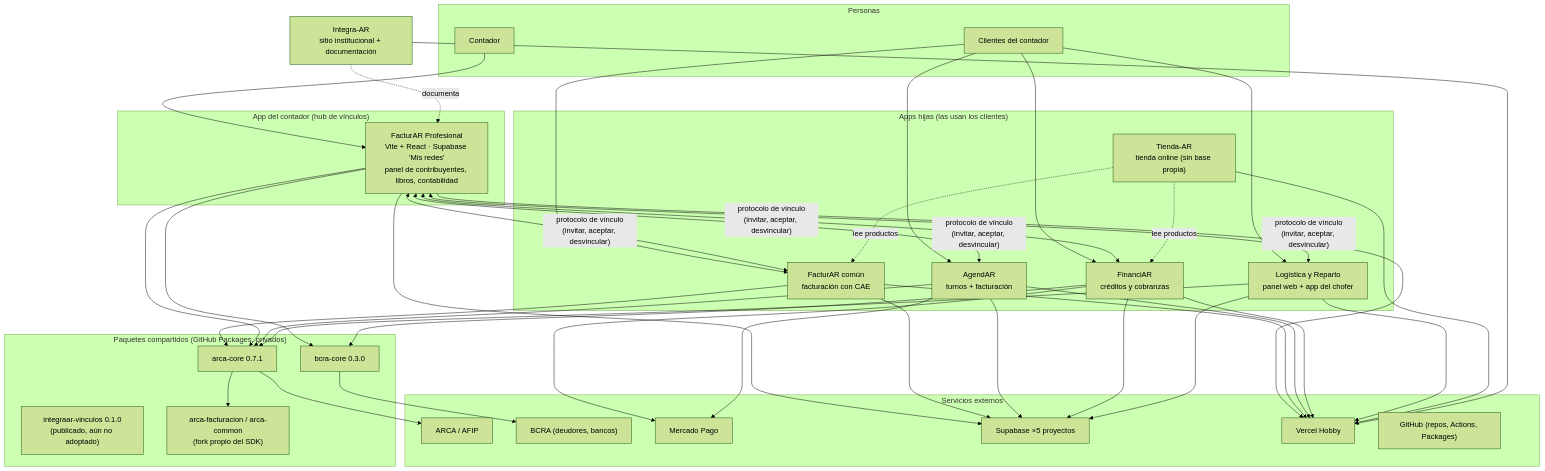
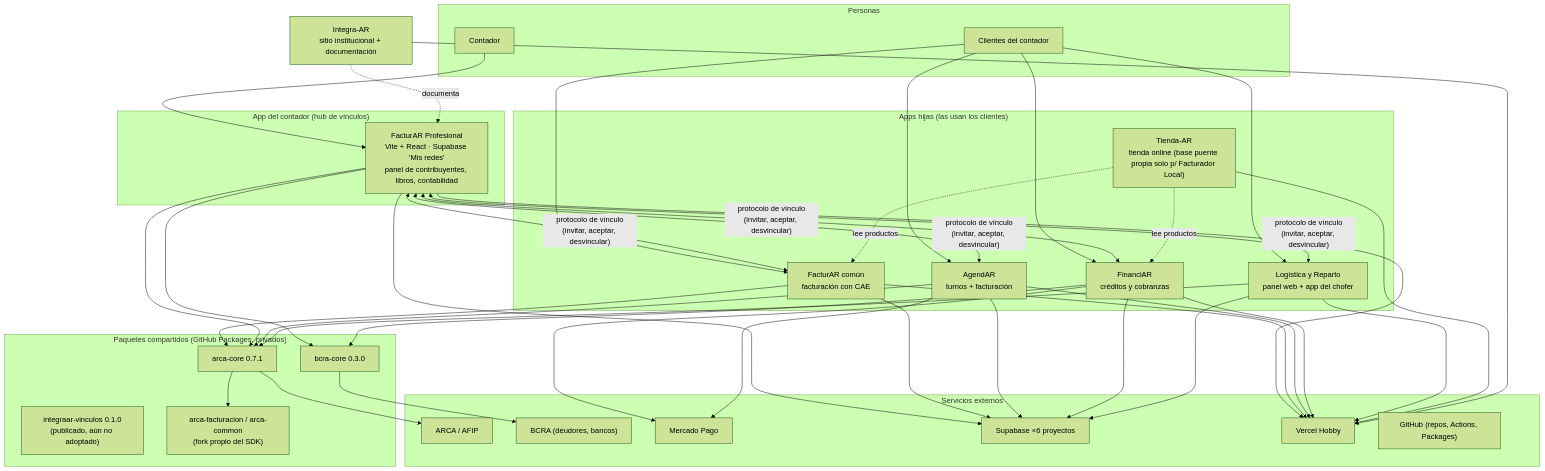
Before and after one commit to tustylovt-ui/Integra-AR: the diagram in ECOSISTEMA.md, drawn with Mermaid (forest theme). The commit also changed other lines of this file, not shown here.

Commit message:
docs(ecosistema): Tienda-AR tiene base puente propia (Facturador Local), conectores MCP de Supabase y backup pendiente

````diff
--- a/ECOSISTEMA.md
+++ b/ECOSISTEMA.md
@@ -15,51 +15,51 @@
 ```mermaid
 flowchart TB
   subgraph PERSONAS["Personas"]
     CONT["Contador"]
     CLI["Clientes del contador"]
   end
 
   subgraph HUB["App del contador (hub de vínculos)"]
     PRO["FacturAR Profesional<br/>Vite + React · Supabase 'Mis redes'<br/>panel de contribuyentes, libros, contabilidad"]
   end
 
   subgraph HIJAS["Apps hijas (las usan los clientes)"]
     FAC["FacturAR común<br/>facturación con CAE"]
     AGE["AgendAR<br/>turnos + facturación"]
     FIN["FinanciAR<br/>créditos y cobranzas"]
     LR["Logística y Reparto<br/>panel web + app del chofer"]
-    TIE["Tienda-AR<br/>tienda online (sin base propia)"]
+    TIE["Tienda-AR<br/>tienda online (base puente propia solo p/ Facturador Local)"]
   end
 
   subgraph PAQ["Paquetes compartidos (GitHub Packages, privados)"]
     CORE["arca-core 0.7.1"]
     BCRA["bcra-core 0.3.0"]
     VINC["integraar-vinculos 0.1.0<br/>(publicado, aún no adoptado)"]
     FORK["arca-facturacion / arca-common<br/>(fork propio del SDK)"]
   end
 
   subgraph EXT["Servicios externos"]
     ARCA["ARCA / AFIP"]
     BCRAAPI["BCRA (deudores, bancos)"]
     MP["Mercado Pago"]
-    SB["Supabase ×5 proyectos"]
+    SB["Supabase ×6 proyectos"]
     VER["Vercel Hobby"]
     GH["GitHub (repos, Actions, Packages)"]
   end
 
   SITIO["Integra-AR<br/>sitio institucional + documentación"]
 
   CONT --> PRO
   CLI --> FAC & AGE & FIN & LR
   PRO <-->|"protocolo de vínculo<br/>(invitar, aceptar, desvincular)"| FAC & AGE & FIN & LR
   TIE -. "lee productos" .-> FAC & FIN
   FAC & PRO & AGE & LR --> CORE
   CORE --> FORK
   PRO & FIN --> BCRA
   CORE --> ARCA
   BCRA --> BCRAAPI
   FIN & AGE --> MP
   PRO & FAC & AGE & FIN & LR --> SB
   PRO & FAC & AGE & FIN & LR & TIE & SITIO --> VER
   SITIO -. "documenta" .-> PRO
 ```
````
